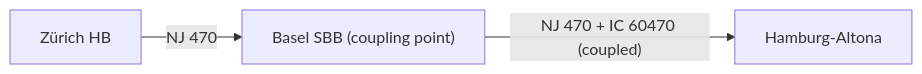
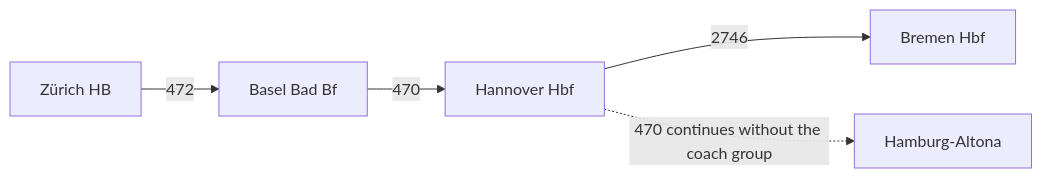
The diagram in next/uc08_kurswagen.md (openTdataCH/netexRealisationGuideSwitzerland), drawn with Mermaid before and after one commit. The commit also changed other lines of this file and 7 other files, not shown here.

````diff
--- a/next/uc08_kurswagen.md
+++ b/next/uc08_kurswagen.md
@@ -19,5 +16,7 @@
 ```mermaid
 graph LR
-  ZuerichHB["Zürich HB"] -->|"NJ 470"| BaselSBB["Basel SBB (coupling point)"]
-  BaselSBB -->|"NJ 470 + IC 60470 (coupled)"| HamburgAltona["Hamburg-Altona"]
+  ZuerichHB["Zürich HB"] -->|"472"| BaselBad["Basel Bad Bf"]
+  BaselBad -->|"470"| Hannover["Hannover Hbf"]
+  Hannover -->|"2746"| Bremen["Bremen Hbf"]
+  Hannover -.->|"470 continues without the coach group"| HamburgAltona["Hamburg-Altona"]
 ```
````
